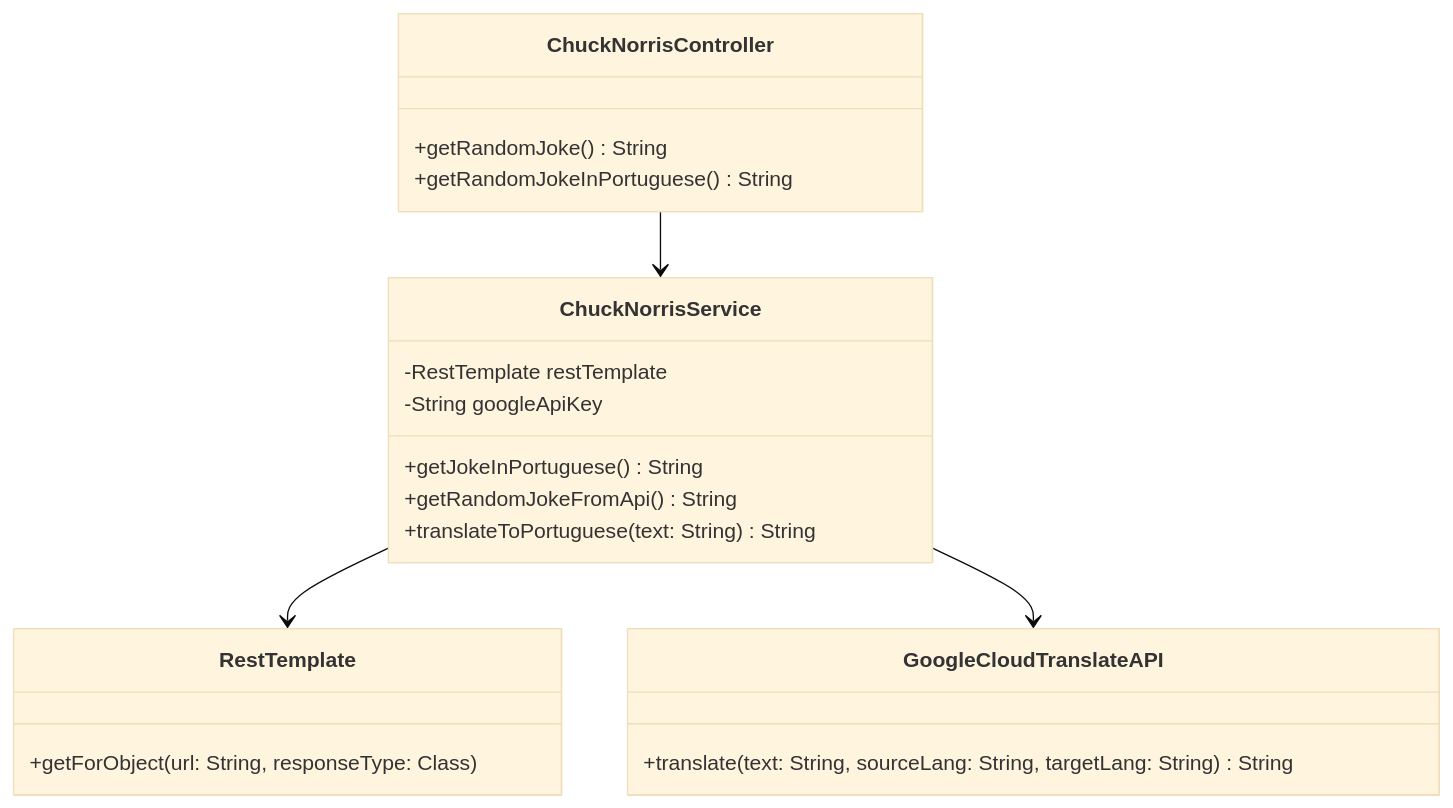
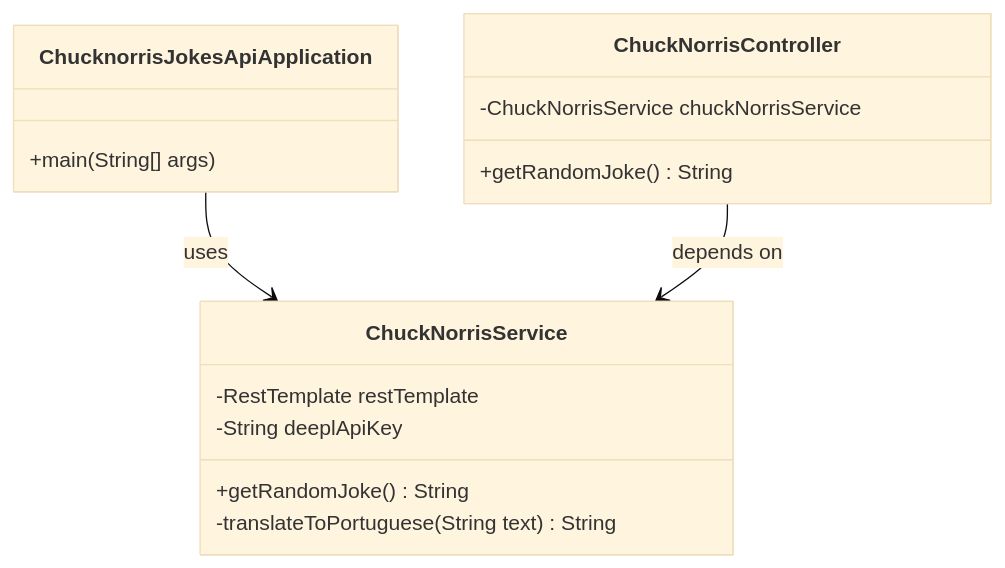
One commit to chrissperb/chucknorris-jokes-api changed the diagram in README.md. Above: the diagram before and after it, drawn with Mermaid (base theme). The commit also changed other lines of this file and 2 other files, not shown here.

Commit message:
fix: traduçao das piadas para o portugues em metodo e endpoint separado do portugues. docs: atualizacao do README.md

````diff
--- a/README.md
+++ b/README.md
@@ -47,27 +48,22 @@
 ```mermaid
 classDiagram
-    ChuckNorrisController --> ChuckNorrisService
-    ChuckNorrisService --> RestTemplate
-    ChuckNorrisService --> GoogleCloudTranslateAPI
-    
-    class ChuckNorrisController {
-        +getRandomJoke() String
-        +getRandomJokeInPortuguese() String
+    class ChucknorrisJokesApiApplication {
+        +main(String[] args)
     }
 
     class ChuckNorrisService {
         -RestTemplate restTemplate
-        -String googleApiKey
-        +getJokeInPortuguese() String
-        +getRandomJokeFromApi() String
-        +translateToPortuguese(text: String) String
+        -String deeplApiKey
+        +getRandomJoke() String
+        -translateToPortuguese(String text) String
     }
 
-    class RestTemplate {
-        +getForObject(url: String, responseType: Class<T>)
+    class ChuckNorrisController {
+        -ChuckNorrisService chuckNorrisService
+        +getRandomJoke() String
     }
 
-    class GoogleCloudTranslateAPI {
-        +translate(text: String, sourceLang: String, targetLang: String) String
-    }
+    ChucknorrisJokesApiApplication --> ChuckNorrisService : uses
+    ChuckNorrisController --> ChuckNorrisService : depends on
+
 ```
````
